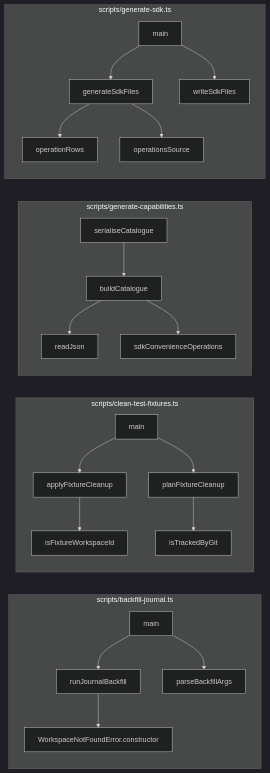
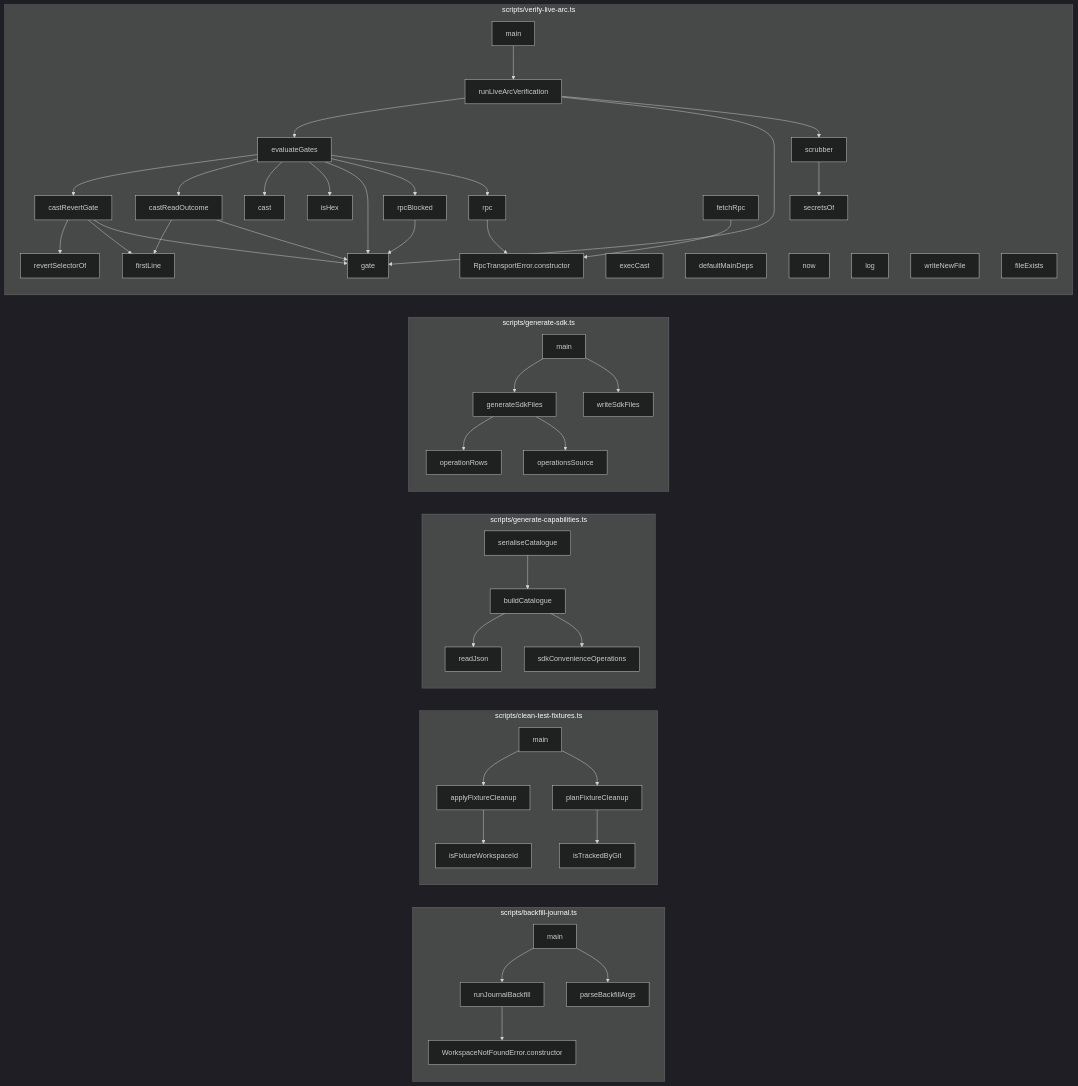
Before and after one commit to Jaydearcadian/bind: the third of 5 diagrams in docs/CODEBASE_MAP.md, drawn with Mermaid (dark theme). The commit also changed other lines of this file and 8 other files, not shown here.

First line of the commit message:
fix(api): /api/me passthrough schema, expired-session test, log 500s with request id

````diff
--- a/docs/CODEBASE_MAP.md
+++ b/docs/CODEBASE_MAP.md
@@ -968,6 +286,30 @@
     n48["writeSdkFiles"]
     n49["main"]
   end
+  subgraph F4["scripts/verify-live-arc.ts"]
+    n50["RpcTransportError.constructor"]
+    n51["secretsOf"]
+    n52["scrubber"]
+    n53["revertSelectorOf"]
+    n54["firstLine"]
+    n55["isHex"]
+    n56["gate"]
+    n57["rpcBlocked"]
+    n58["castReadOutcome"]
+    n59["castRevertGate"]
+    n60["runLiveArcVerification"]
+    n61["evaluateGates"]
+    n62["rpc"]
+    n63["cast"]
+    n64["execCast"]
+    n65["fetchRpc"]
+    n66["defaultMainDeps"]
+    n67["now"]
+    n68["log"]
+    n69["writeNewFile"]
+    n70["fileExists"]
+    n71["main"]
+  end
   n34 --> n32
   n35 --> n33
   n35 --> n34
@@ -982,4 +324,24 @@
   n47 --> n46
   n49 --> n48
   n49 --> n47
+  n52 --> n51
+  n57 --> n56
+  n58 --> n56
+  n58 --> n54
+  n59 --> n56
+  n59 --> n54
+  n59 --> n53
+  n60 --> n52
+  n60 --> n56
+  n60 --> n61
+  n61 --> n62
+  n61 --> n57
+  n61 --> n56
+  n61 --> n55
+  n61 --> n63
+  n61 --> n58
+  n61 --> n59
+  n62 --> n50
+  n65 --> n50
+  n71 --> n60
 ```
````
